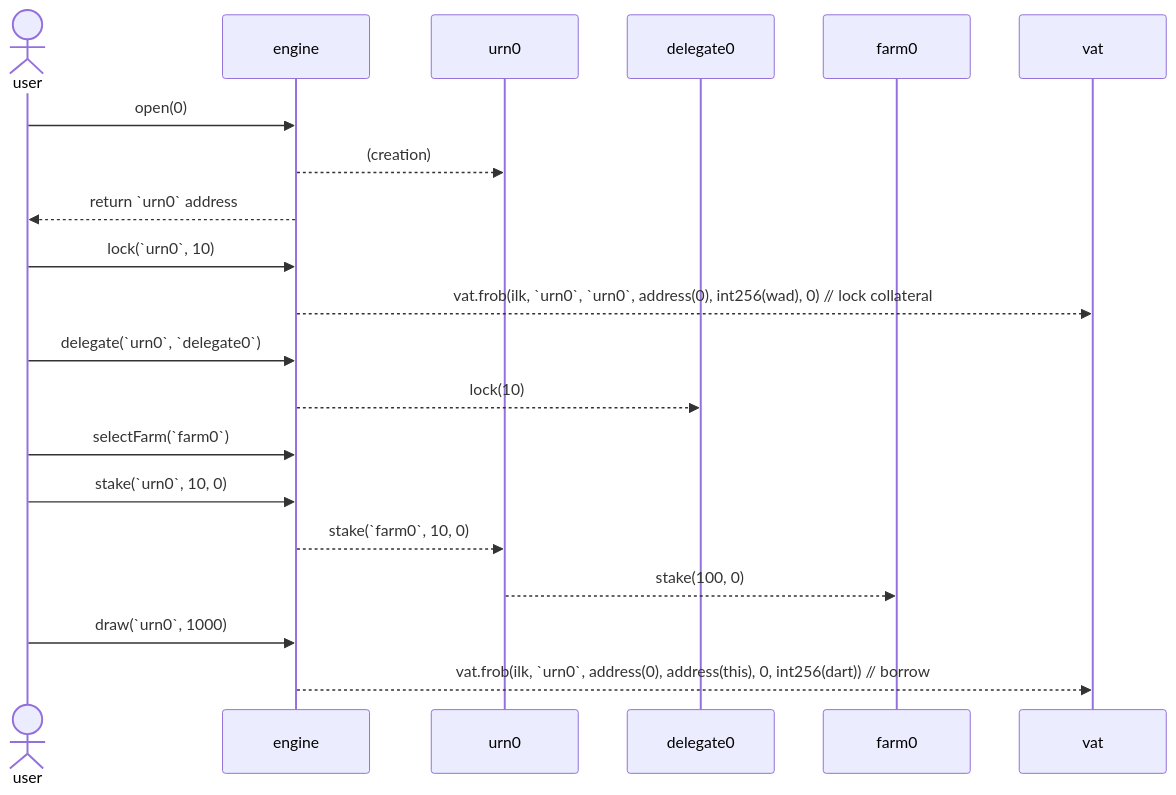
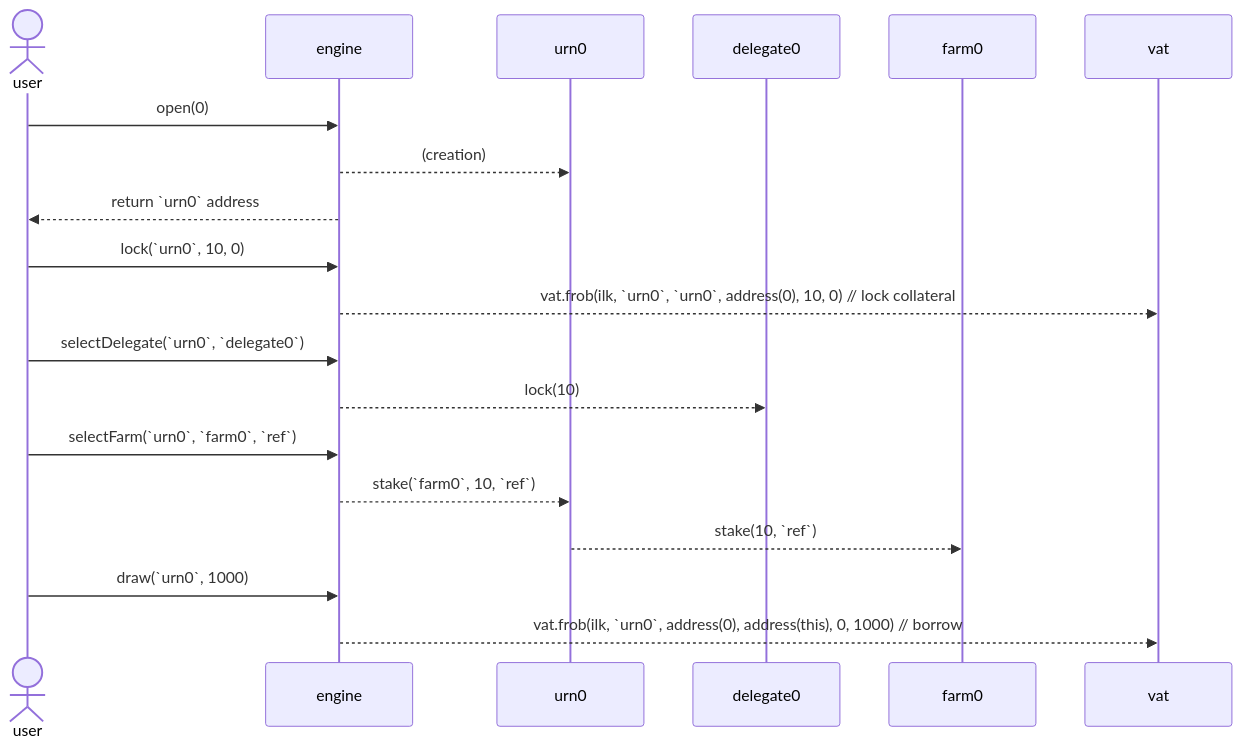
Before and after one commit to makerdao/lockstake: the diagram in lockstake-overview.md, drawn with Mermaid. The commit also changed other lines of this file, not shown here.

Commit message:
Align overview to merging lock and stake, sent version

````diff
--- a/lockstake-overview.md
+++ b/lockstake-overview.md
@@ -51,28 +48,27 @@
 ```mermaid
 sequenceDiagram
 	Actor user
     participant engine
     participant urn0
     participant delegate0
     participant farm0
     participant vat
     
     user->>engine: open(0)
     engine-->>urn0: (creation)
     engine-->>user: return `urn0` address
        
-    user->>engine: lock(`urn0`, 10)
-    engine-->>vat: vat.frob(ilk, `urn0`, `urn0`, address(0), int256(wad), 0) // lock collateral
+    user->>engine: lock(`urn0`, 10, 0)
+    engine-->>vat: vat.frob(ilk, `urn0`, `urn0`, address(0), 10, 0) // lock collateral
     
-    user->>engine: delegate(`urn0`, `delegate0`)
+    user->>engine: selectDelegate(`urn0`, `delegate0`)
     engine-->>delegate0: lock(10)
     
-    user->>engine: selectFarm(`farm0`)
+    user->>engine: selectFarm(`urn0`, `farm0`, `ref`)
+    engine-->>urn0: stake(`farm0`, 10, `ref`)
+    urn0-->>farm0: stake(10, `ref`);
     
-    user->>engine: stake(`urn0`, 10, 0)
-    engine-->>urn0: stake(`farm0`, 10, 0)
-    urn0-->>farm0: stake(100, 0);
        
     user->>engine: draw(`urn0`, 1000)
-    engine-->>vat: vat.frob(ilk, `urn0`, address(0), address(this), 0, int256(dart)) // borrow
+    engine-->>vat: vat.frob(ilk, `urn0`, address(0), address(this), 0, 1000) // borrow
 ```
````
